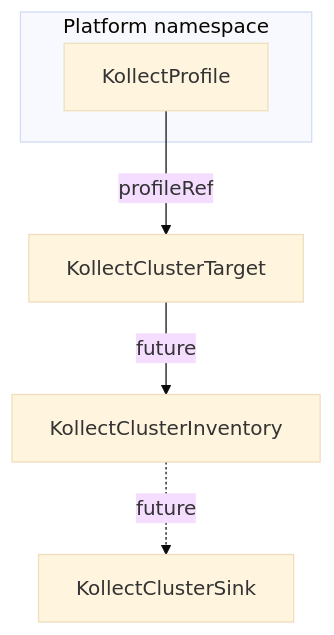
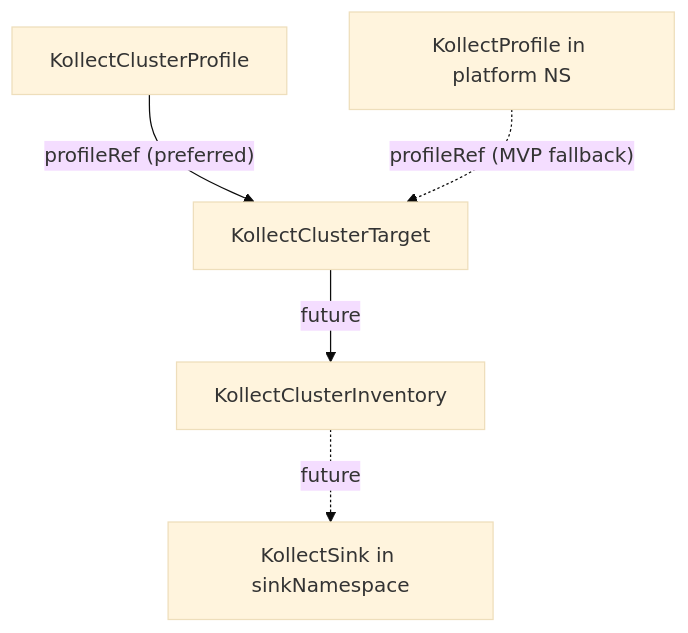
Before and after one commit to PlatformRelay/Kollect: the diagram in docs/crds/kollectclustertarget.md, drawn with Mermaid (base theme). The commit also changed other lines of this file and 7 other files, not shown here.

First line of the commit message:
:page_facing_up: docs: polish CR reference and hub data flows

````diff
--- a/docs/crds/kollectclustertarget.md
+++ b/docs/crds/kollectclustertarget.md
@@ -17,13 +17,13 @@
 ```mermaid
 flowchart TD
-  subgraph platform [Platform namespace]
-    Profile[KollectProfile]
-  end
+  CProf[KollectClusterProfile]
+  Profile[KollectProfile in platform NS]
   CTarget[KollectClusterTarget]
   CInv[KollectClusterInventory]
-  Sink[KollectClusterSink]
+  Sink[KollectSink in sinkNamespace]
 
-  Profile -->|"profileRef"| CTarget
+  CProf -->|"profileRef (preferred)"| CTarget
+  Profile -.->|"profileRef (MVP fallback)"| CTarget
   CTarget -->|future| CInv
   CInv -.->|future| Sink
 ```
````
